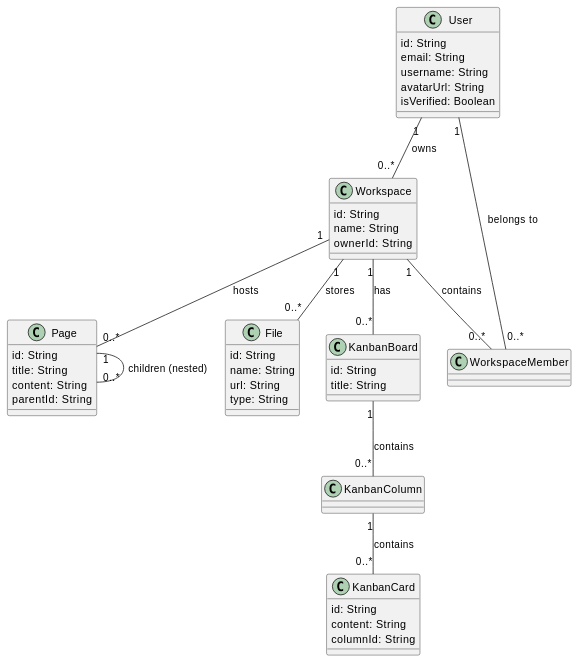
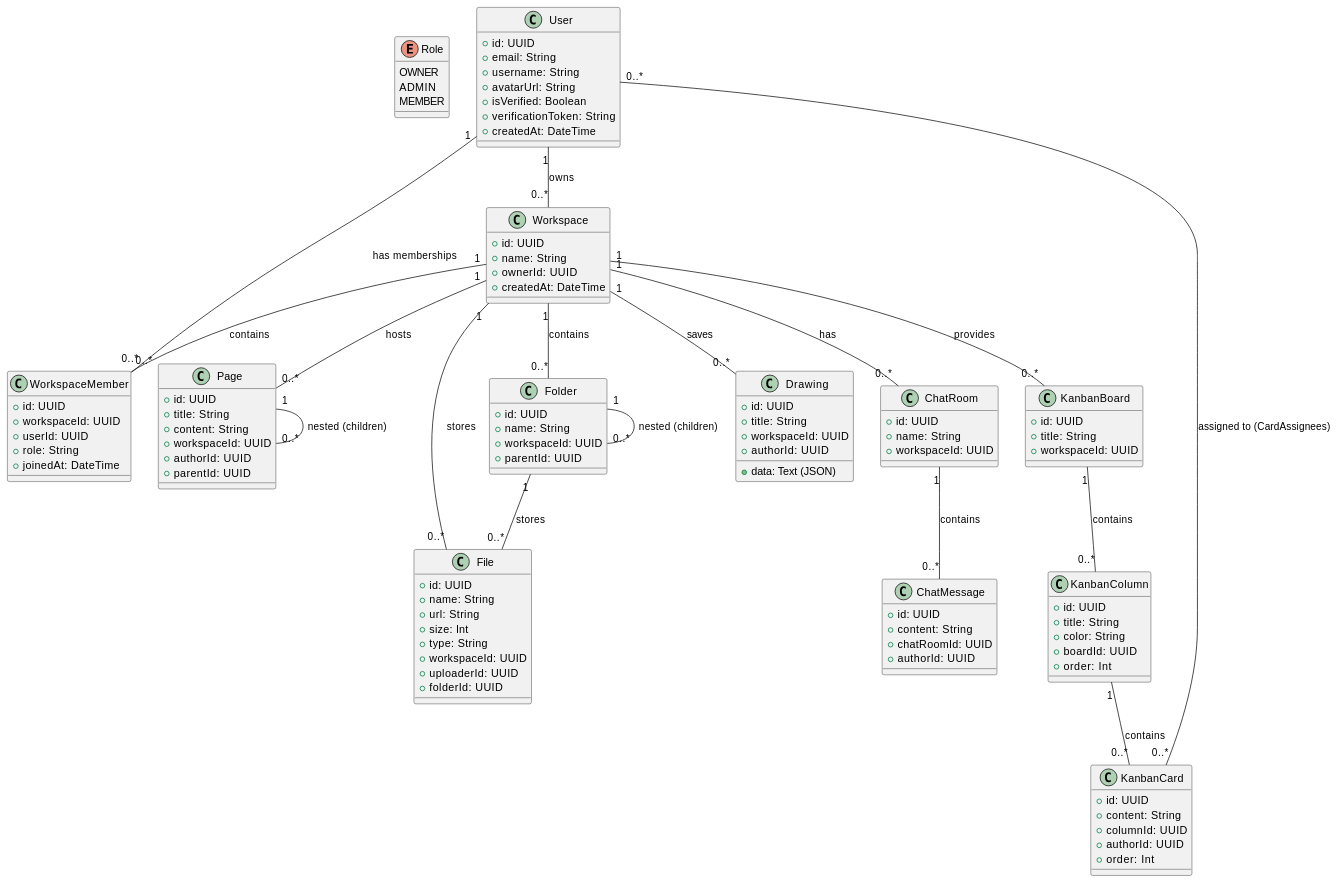
One commit to BleakRed/notion-clone-project changed the second of 12 diagrams in Document.md. Above: the diagram before and after it, drawn with PlantUML. The commit also changed other lines of this file and 7 other files, not shown here.

````diff
--- a/Document.md
+++ b/Document.md
@@ -43,52 +94,121 @@
 ```plantuml
 @startuml
+enum Role {
+  OWNER
+  ADMIN
+  MEMBER
+}
+
 class User {
-  id: String
-  email: String
-  username: String
-  avatarUrl: String
-  isVerified: Boolean
+  +id: UUID
+  +email: String
+  +username: String
+  +avatarUrl: String
+  +isVerified: Boolean
+  +verificationToken: String
+  +createdAt: DateTime
 }
 
 class Workspace {
-  id: String
-  name: String
-  ownerId: String
+  +id: UUID
+  +name: String
+  +ownerId: UUID
+  +createdAt: DateTime
+}
+
+class WorkspaceMember {
+  +id: UUID
+  +workspaceId: UUID
+  +userId: UUID
+  +role: String
+  +joinedAt: DateTime
 }
 
 class Page {
-  id: String
-  title: String
-  content: String
-  parentId: String
+  +id: UUID
+  +title: String
+  +content: String
+  +workspaceId: UUID
+  +authorId: UUID
+  +parentId: UUID
+}
+
+class Folder {
+  +id: UUID
+  +name: String
+  +workspaceId: UUID
+  +parentId: UUID
 }
 
 class File {
-  id: String
-  name: String
-  url: String
-  type: String
+  +id: UUID
+  +name: String
+  +url: String
+  +size: Int
+  +type: String
+  +workspaceId: UUID
+  +uploaderId: UUID
+  +folderId: UUID
+}
+
+class Drawing {
+  +id: UUID
+  +title: String
+  +data: Text (JSON)
+  +workspaceId: UUID
+  +authorId: UUID
+}
+
+class ChatRoom {
+  +id: UUID
+  +name: String
+  +workspaceId: UUID
+}
+
+class ChatMessage {
+  +id: UUID
+  +content: String
+  +chatRoomId: UUID
+  +authorId: UUID
 }
 
 class KanbanBoard {
-  id: String
-  title: String
+  +id: UUID
+  +title: String
+  +workspaceId: UUID
+}
+
+class KanbanColumn {
+  +id: UUID
+  +title: String
+  +color: String
+  +boardId: UUID
+  +order: Int
 }
 
 class KanbanCard {
-  id: String
-  content: String
-  columnId: String
+  +id: UUID
+  +content: String
+  +columnId: UUID
+  +authorId: UUID
+  +order: Int
 }
 
 User "1" -- "0..*" Workspace : owns
-User "1" -- "0..*" WorkspaceMember : belongs to
+User "1" -- "0..*" WorkspaceMember : has memberships
 Workspace "1" -- "0..*" WorkspaceMember : contains
 Workspace "1" -- "0..*" Page : hosts
+Workspace "1" -- "0..*" Folder : contains
 Workspace "1" -- "0..*" File : stores
-Workspace "1" -- "0..*" KanbanBoard : has
+Workspace "1" -- "0..*" Drawing : saves
+Workspace "1" -- "0..*" ChatRoom : has
+Workspace "1" -- "0..*" KanbanBoard : provides
+ChatRoom "1" -- "0..*" ChatMessage : contains
+Folder "1" -- "0..*" File : stores
+Folder "1" -- "0..*" Folder : nested (children)
+Page "1" -- "0..*" Page : nested (children)
 KanbanBoard "1" -- "0..*" KanbanColumn : contains
 KanbanColumn "1" -- "0..*" KanbanCard : contains
-Page "1" -- "0..*" Page : children (nested)
+KanbanCard "0..*" -- "0..*" User : assigned to (CardAssignees)
 @enduml
 ```
````
